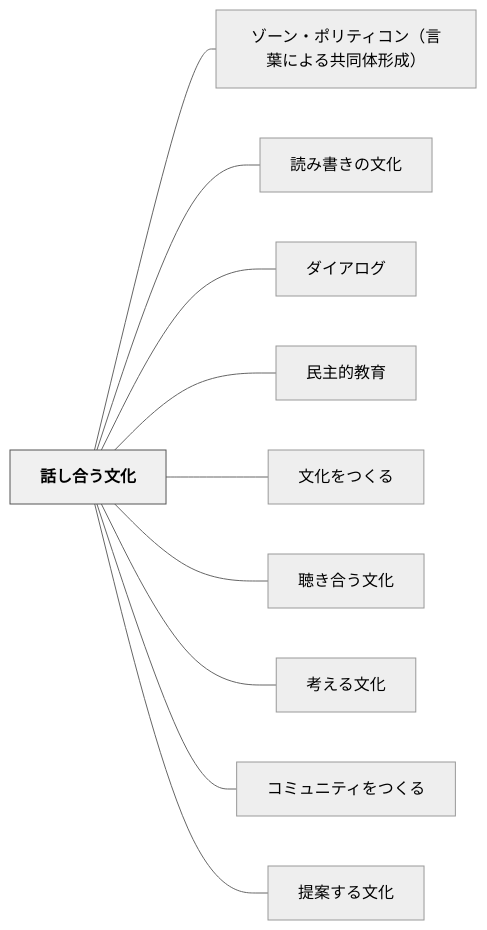
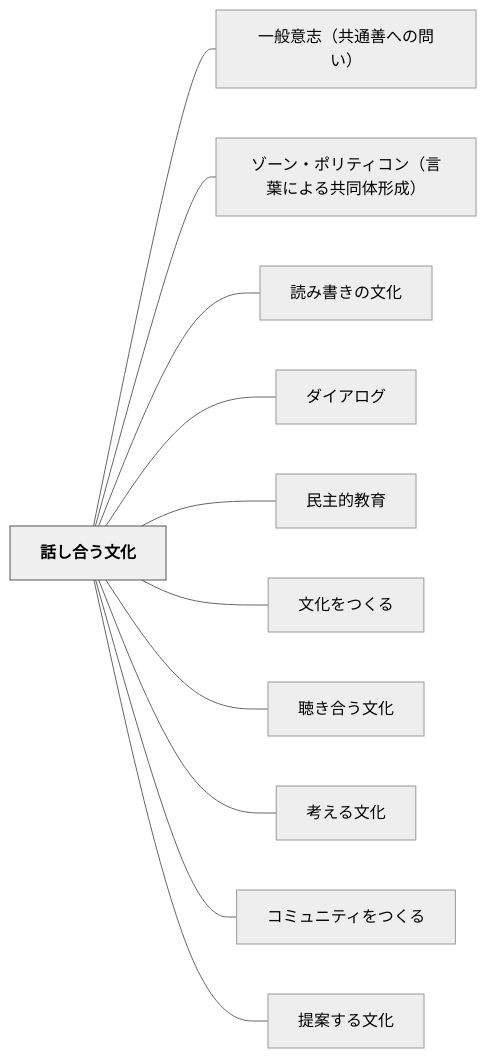
One commit to unknownthings-ed-patterns/unknownthings-ed-patterns changed the diagram in content/パタン/話し合う文化.md. Above: the diagram before and after it, drawn with Mermaid (neutral theme). The commit also changed other lines of this file and 185 other files, not shown here.

````diff
--- a/content/パタン/話し合う文化.md
+++ b/content/パタン/話し合う文化.md
@@ -116,26 +117,28 @@
 ```mermaid
 flowchart LR
     ne8a9b1e38197e59088e38186e69687e58c96["話し合う文化"]
+    ne4b880e888ace6848fe5bf97efbc88e585b1e9809ae59684e381b8e381aee5958fe38184efbc89["一般意志（共通善への問い）"]
     ne382bee383bce383b3e383bbe3839de383aae38386e382a3e382b3e383b3efbc88e8a880e89189e381abe38288e3828be585b1e5908ce4bd93e5bda2e68890efbc89["ゾーン・ポリティコン（言葉による共同体形成）"]
     ne8aaade381bfe69bb8e3818de381aee69687e58c96["読み書きの文化"]
     ne38380e382a4e382a2e383ade382b0["ダイアログ"]
     ne6b091e4b8bbe79a84e69599e882b2["民主的教育"]
     ne69687e58c96e38292e381a4e3818fe3828b["文化をつくる"]
     ne881b4e3818de59088e38186e69687e58c96["聴き合う文化"]
     ne88083e38188e3828be69687e58c96["考える文化"]
     ne382b3e3839fe383a5e3838be38386e382a3e38292e381a4e3818fe3828b["コミュニティをつくる"]
     ne68f90e6a188e38199e3828be69687e58c96["提案する文化"]
 
+    ne8a9b1e38197e59088e38186e69687e58c96 --- ne4b880e888ace6848fe5bf97efbc88e585b1e9809ae59684e381b8e381aee5958fe38184efbc89
     ne8a9b1e38197e59088e38186e69687e58c96 --- ne382bee383bce383b3e383bbe3839de383aae38386e382a3e382b3e383b3efbc88e8a880e89189e381abe38288e3828be585b1e5908ce4bd93e5bda2e68890efbc89
     ne8a9b1e38197e59088e38186e69687e58c96 --- ne8aaade381bfe69bb8e3818de381aee69687e58c96
     ne8a9b1e38197e59088e38186e69687e58c96 --- ne38380e382a4e382a2e383ade382b0
     ne8a9b1e38197e59088e38186e69687e58c96 --- ne6b091e4b8bbe79a84e69599e882b2
     ne8a9b1e38197e59088e38186e69687e58c96 --- ne69687e58c96e38292e381a4e3818fe3828b
     ne8a9b1e38197e59088e38186e69687e58c96 --- ne881b4e3818de59088e38186e69687e58c96
     ne8a9b1e38197e59088e38186e69687e58c96 --- ne88083e38188e3828be69687e58c96
     ne8a9b1e38197e59088e38186e69687e58c96 --- ne382b3e3839fe383a5e3838be38386e382a3e38292e381a4e3818fe3828b
     ne8a9b1e38197e59088e38186e69687e58c96 --- ne68f90e6a188e38199e3828be69687e58c96
 
     classDef hub fill:#f0f0f0,stroke:#555,color:#000,font-weight:bold
     class ne8a9b1e38197e59088e38186e69687e58c96 hub
 ```
````
